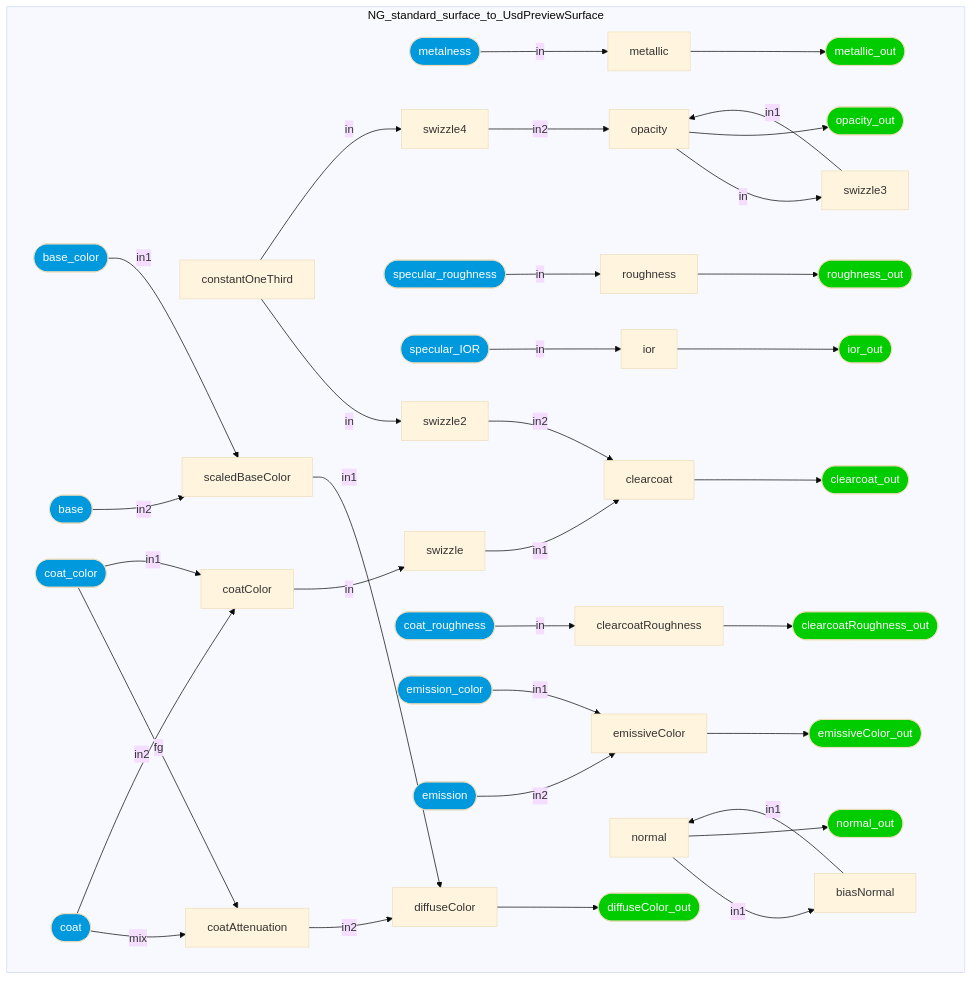
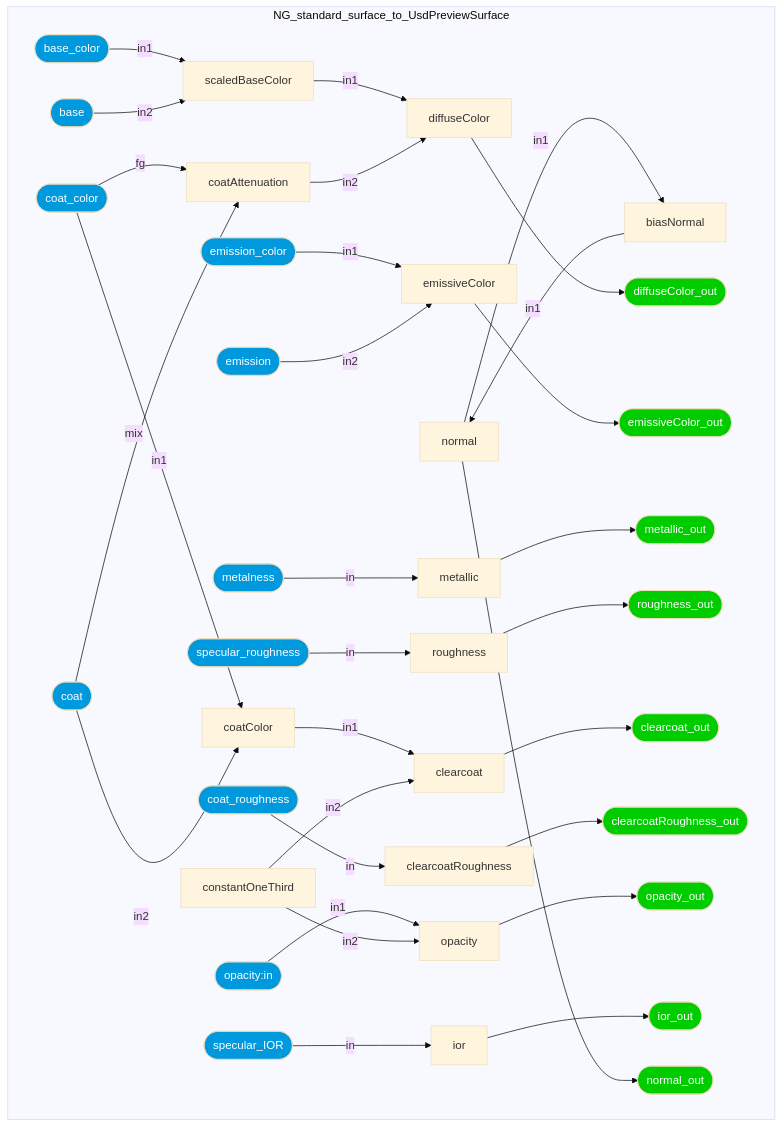
Diagram 36 of 36 in documents/definitions/bxdf_doc.md (kwokcb/MaterialX_Learn), drawn with Mermaid (base theme) before and after one commit. The commit also changed other lines of this file and 1068 other files, not shown here.

```diff
--- a/documents/definitions/bxdf_doc.md
+++ b/documents/definitions/bxdf_doc.md
@@ -3466,13 +3436,9 @@
     NG_standard_surface_to_UsdPreviewSurface_roughness[roughness]
     NG_standard_surface_to_UsdPreviewSurface_ior[ior]
     NG_standard_surface_to_UsdPreviewSurface_coatColor[coatColor]
-    NG_standard_surface_to_UsdPreviewSurface_swizzle[swizzle]
-    NG_standard_surface_to_UsdPreviewSurface_swizzle2[swizzle2]
     NG_standard_surface_to_UsdPreviewSurface_clearcoat[clearcoat]
     NG_standard_surface_to_UsdPreviewSurface_clearcoatRoughness[clearcoatRoughness]
     NG_standard_surface_to_UsdPreviewSurface_emissiveColor[emissiveColor]
-    NG_standard_surface_to_UsdPreviewSurface_swizzle3[swizzle3]
-    NG_standard_surface_to_UsdPreviewSurface_swizzle4[swizzle4]
     NG_standard_surface_to_UsdPreviewSurface_opacity[opacity]
     NG_standard_surface_to_UsdPreviewSurface_biasNormal[biasNormal]
     NG_standard_surface_to_UsdPreviewSurface_normal[normal]
@@ -3514,6 +3480,8 @@
     NG_standard_surface_to_UsdPreviewSurface_emission_color([emission_color])
     style NG_standard_surface_to_UsdPreviewSurface_emission  fill:#09D, color:#FFF
     NG_standard_surface_to_UsdPreviewSurface_emission([emission])
+    style NG_standard_surface_to_UsdPreviewSurface_opacity:in  fill:#09D, color:#FFF
+    NG_standard_surface_to_UsdPreviewSurface_opacity:in([opacity:in])
     end
     NG_standard_surface_to_UsdPreviewSurface_metalness --"in"--> NG_standard_surface_to_UsdPreviewSurface_metallic
     NG_standard_surface_to_UsdPreviewSurface_base_color --"in1"--> NG_standard_surface_to_UsdPreviewSurface_scaledBaseColor
@@ -3526,17 +3494,13 @@
     NG_standard_surface_to_UsdPreviewSurface_specular_IOR --"in"--> NG_standard_surface_to_UsdPreviewSurface_ior
     NG_standard_surface_to_UsdPreviewSurface_coat_color --"in1"--> NG_standard_surface_to_UsdPreviewSurface_coatColor
     NG_standard_surface_to_UsdPreviewSurface_coat --"in2"--> NG_standard_surface_to_UsdPreviewSurface_coatColor
-    NG_standard_surface_to_UsdPreviewSurface_coatColor --"in"--> NG_standard_surface_to_UsdPreviewSurface_swizzle
-    NG_standard_surface_to_UsdPreviewSurface_constantOneThird --"in"--> NG_standard_surface_to_UsdPreviewSurface_swizzle2
-    NG_standard_surface_to_UsdPreviewSurface_swizzle --"in1"--> NG_standard_surface_to_UsdPreviewSurface_clearcoat
-    NG_standard_surface_to_UsdPreviewSurface_swizzle2 --"in2"--> NG_standard_surface_to_UsdPreviewSurface_clearcoat
+    NG_standard_surface_to_UsdPreviewSurface_coatColor --"in1"--> NG_standard_surface_to_UsdPreviewSurface_clearcoat
+    NG_standard_surface_to_UsdPreviewSurface_constantOneThird --"in2"--> NG_standard_surface_to_UsdPreviewSurface_clearcoat
     NG_standard_surface_to_UsdPreviewSurface_coat_roughness --"in"--> NG_standard_surface_to_UsdPreviewSurface_clearcoatRoughness
     NG_standard_surface_to_UsdPreviewSurface_emission_color --"in1"--> NG_standard_surface_to_UsdPreviewSurface_emissiveColor
     NG_standard_surface_to_UsdPreviewSurface_emission --"in2"--> NG_standard_surface_to_UsdPreviewSurface_emissiveColor
-    NG_standard_surface_to_UsdPreviewSurface_opacity --"in"--> NG_standard_surface_to_UsdPreviewSurface_swizzle3
-    NG_standard_surface_to_UsdPreviewSurface_constantOneThird --"in"--> NG_standard_surface_to_UsdPreviewSurface_swizzle4
-    NG_standard_surface_to_UsdPreviewSurface_swizzle3 --"in1"--> NG_standard_surface_to_UsdPreviewSurface_opacity
-    NG_standard_surface_to_UsdPreviewSurface_swizzle4 --"in2"--> NG_standard_surface_to_UsdPreviewSurface_opacity
+    NG_standard_surface_to_UsdPreviewSurface_opacity:in --"in1"--> NG_standard_surface_to_UsdPreviewSurface_opacity
+    NG_standard_surface_to_UsdPreviewSurface_constantOneThird --"in2"--> NG_standard_surface_to_UsdPreviewSurface_opacity
     NG_standard_surface_to_UsdPreviewSurface_normal --"in1"--> NG_standard_surface_to_UsdPreviewSurface_biasNormal
     NG_standard_surface_to_UsdPreviewSurface_biasNormal --"in1"--> NG_standard_surface_to_UsdPreviewSurface_normal
     NG_standard_surface_to_UsdPreviewSurface_diffuseColor --> NG_standard_surface_to_UsdPreviewSurface_diffuseColor_out
```
